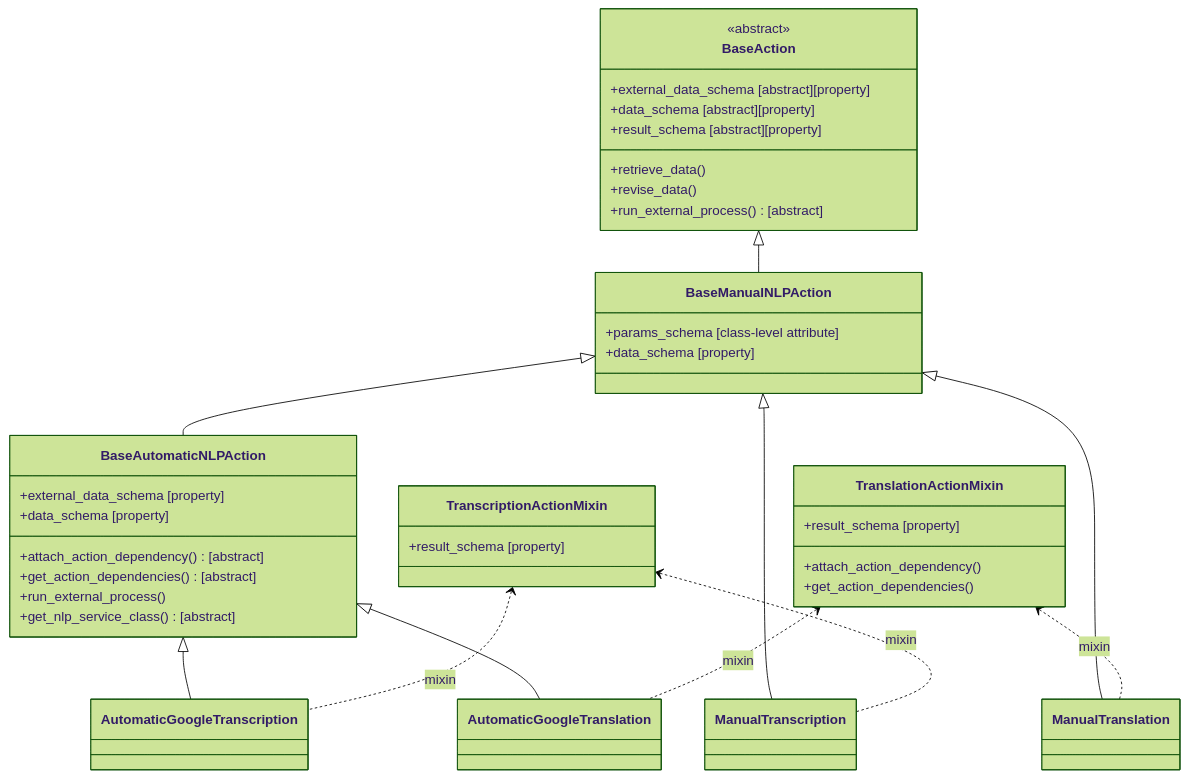
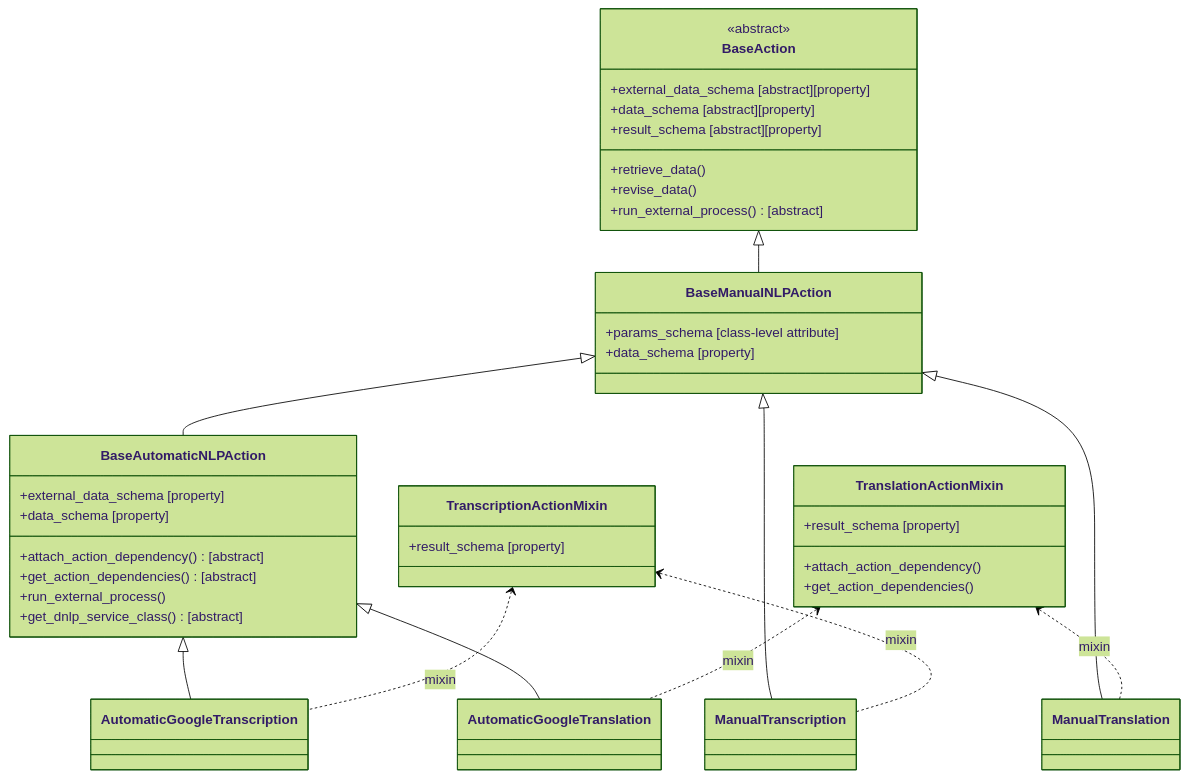
The first of 3 diagrams in kobo/apps/subsequences/README.md (kobotoolbox/kpi), drawn with Mermaid (forest theme) before and after one commit. The commit also changed other lines of this file, not shown here.

````diff
--- a/kobo/apps/subsequences/README.md
+++ b/kobo/apps/subsequences/README.md
@@ -26,61 +36,61 @@
 ```mermaid
 classDiagram
 direction TB
 
 %% ==== Bases ====
 class BaseAction {
   <<abstract>>
   +external_data_schema [abstract][property]
   +data_schema [abstract][property]
   +result_schema [abstract][property]
   +retrieve_data()
   +revise_data()
   +run_external_process() [abstract]
 }
 
 class BaseManualNLPAction {
   +params_schema [class-level attribute]
   +data_schema [property]
 }
 
 class BaseAutomaticNLPAction {
   +attach_action_dependency() [abstract]
   +external_data_schema [property]
   +data_schema [property]
   +get_action_dependencies() [abstract]
   +run_external_process()
-  +get_nlp_service_class() [abstract]
+  +get_dnlp_service_class() [abstract]
 }
 
 %% ==== Concrete ====
 class ManualTranscription
 class ManualTranslation
 class AutomaticGoogleTranscription
 class AutomaticGoogleTranslation
 
 %% ==== Mixins (provide result_schema) ====
 class TranscriptionActionMixin {
   +result_schema [property]
 }
 class TranslationActionMixin {
   +attach_action_dependency()
   +get_action_dependencies()
   +result_schema [property]
 }
 
 %% ==== Inheritance (bases) ====
 BaseAction <|-- BaseManualNLPAction
 BaseManualNLPAction <|-- BaseAutomaticNLPAction
 
 %% ==== Inheritance (concretes) ====
 BaseManualNLPAction <|-- ManualTranscription
 BaseManualNLPAction <|-- ManualTranslation
 BaseAutomaticNLPAction <|-- AutomaticGoogleTranscription
 BaseAutomaticNLPAction <|-- AutomaticGoogleTranslation
 
 %% ==== Mixins -> Concretes ====
 TranscriptionActionMixin <.. ManualTranscription : mixin
 TranscriptionActionMixin <.. AutomaticGoogleTranscription : mixin
 TranslationActionMixin  <.. ManualTranslation : mixin
 TranslationActionMixin  <.. AutomaticGoogleTranslation : mixin
 ```
````
